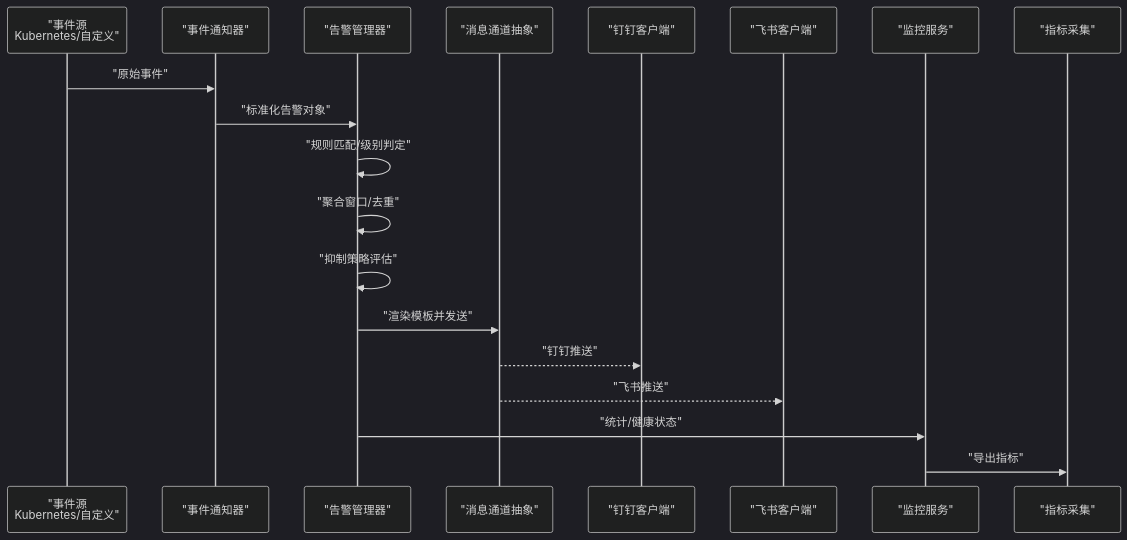
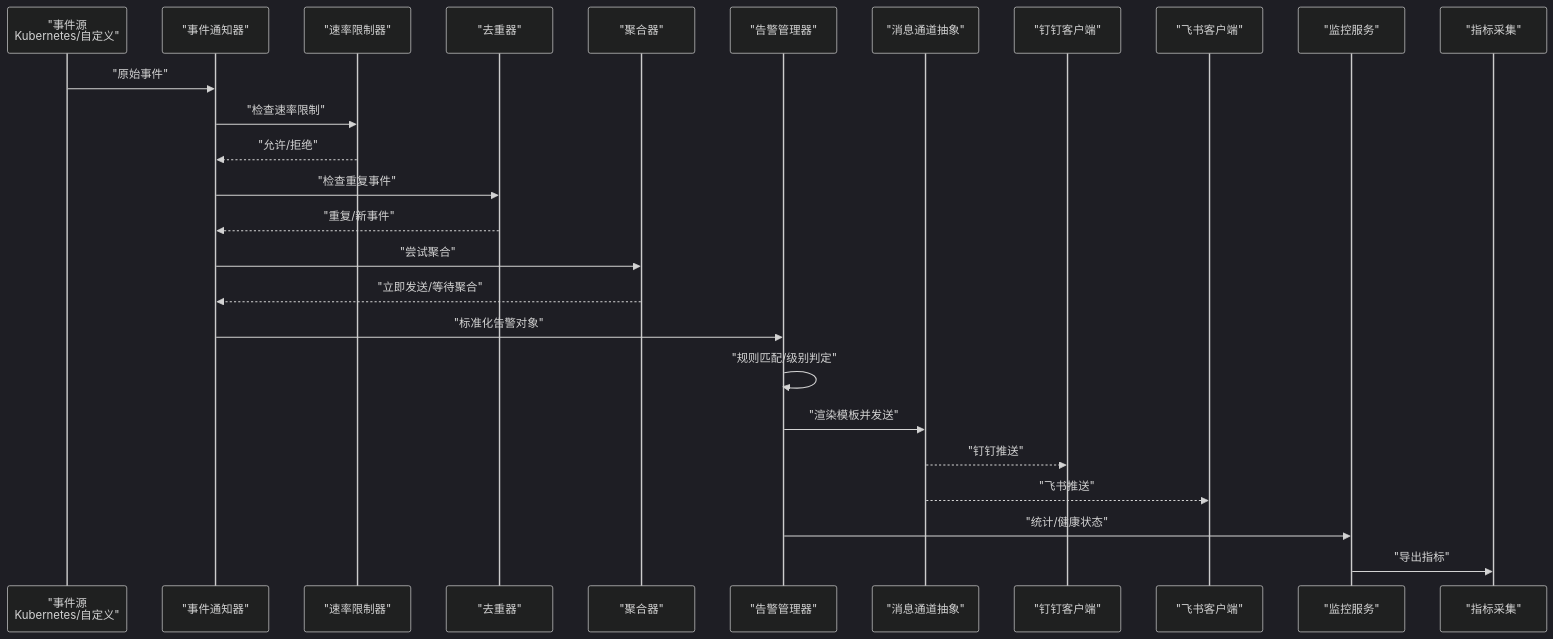
The second of 7 diagrams in .qoder/repowiki/zh/content/核心功能/告警管理通知.md (kudig-io/klaw), drawn with Mermaid (dark theme) before and after one commit. The commit also changed other lines of this file and 48 other files, not shown here.

````diff
--- a/.qoder/repowiki/zh/content/核心功能/告警管理通知.md
+++ b/.qoder/repowiki/zh/content/核心功能/告警管理通知.md
@@ -151,21 +146,28 @@
 ```mermaid
 sequenceDiagram
 participant Source as "事件源<br/>Kubernetes/自定义"
 participant Notifier as "事件通知器"
+participant RateLimiter as "速率限制器"
+participant Dedup as "去重器"
+participant Aggregator as "聚合器"
 participant Manager as "告警管理器"
 participant Channel as "消息通道抽象"
 participant DingTalk as "钉钉客户端"
 participant FeiShu as "飞书客户端"
 participant Monitor as "监控服务"
 participant Metrics as "指标采集"
 Source->>Notifier : "原始事件"
+Notifier->>RateLimiter : "检查速率限制"
+RateLimiter-->>Notifier : "允许/拒绝"
+Notifier->>Dedup : "检查重复事件"
+Dedup-->>Notifier : "重复/新事件"
+Notifier->>Aggregator : "尝试聚合"
+Aggregator-->>Notifier : "立即发送/等待聚合"
 Notifier->>Manager : "标准化告警对象"
 Manager->>Manager : "规则匹配/级别判定"
-Manager->>Manager : "聚合窗口/去重"
-Manager->>Manager : "抑制策略评估"
 Manager->>Channel : "渲染模板并发送"
 Channel-->>DingTalk : "钉钉推送"
 Channel-->>FeiShu : "飞书推送"
 Manager->>Monitor : "统计/健康状态"
 Monitor->>Metrics : "导出指标"
 ```
````
